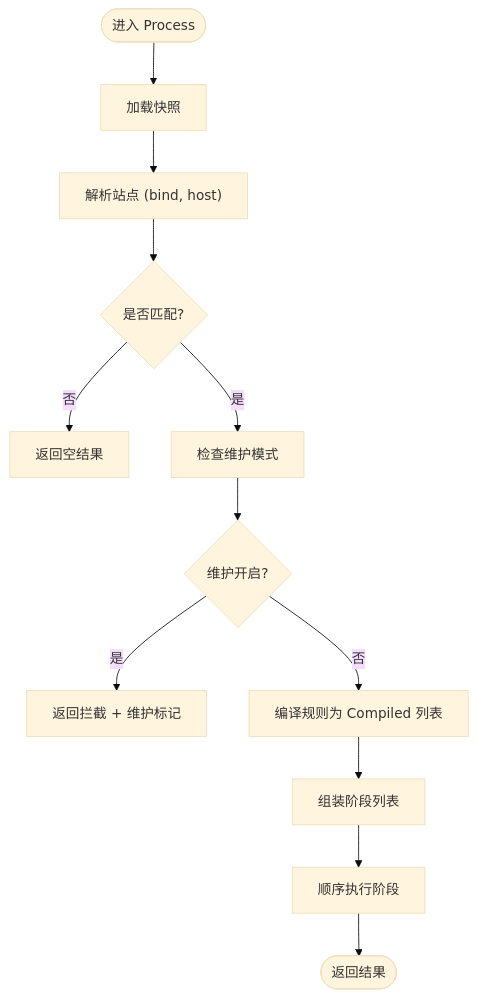
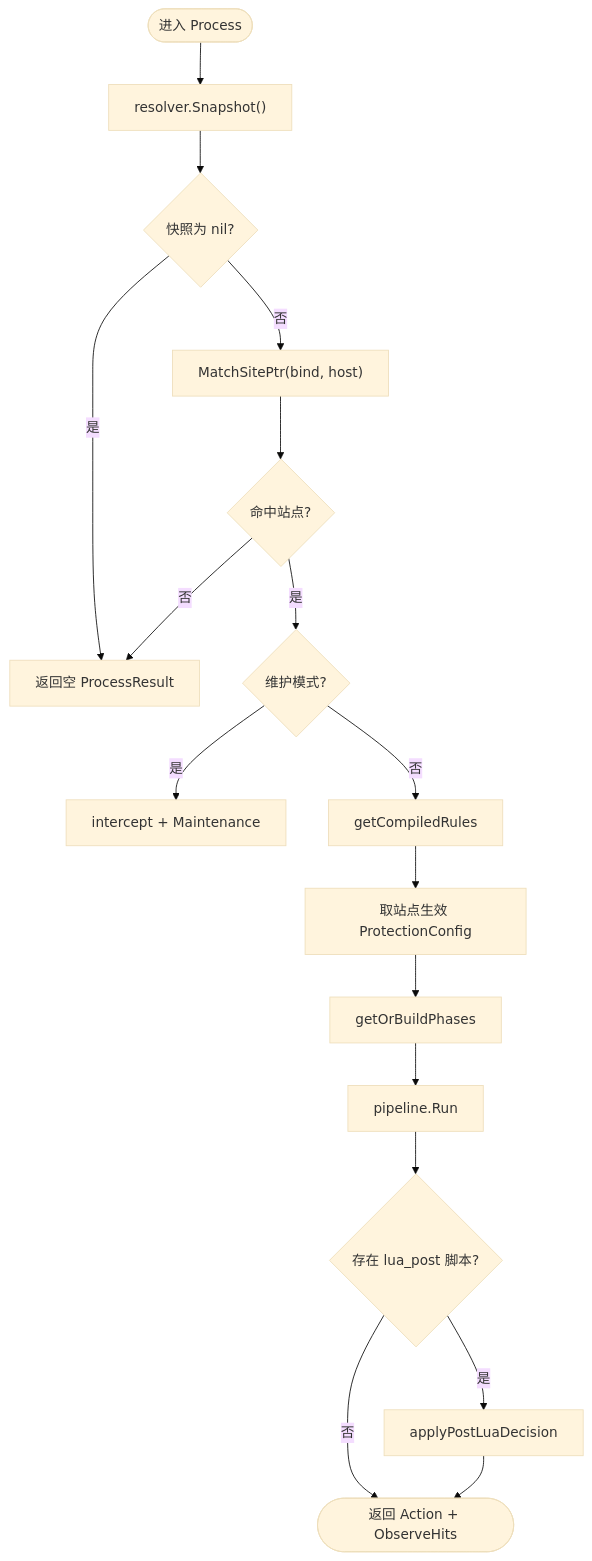
The fourth of 6 diagrams in docs/WAF 引擎系统/WAF 引擎系统.md (x01n/My-OpenWaf), drawn with Mermaid (base theme) before and after one commit. The commit also changed other lines of this file and 622 other files, not shown here.

````diff
--- a/docs/WAF 引擎系统/WAF 引擎系统.md
+++ b/docs/WAF 引擎系统/WAF 引擎系统.md
@@ -346,14 +305,19 @@
 ```mermaid
 flowchart TD
-Start(["进入 Process"]) --> LoadSnap["加载快照"]
-LoadSnap --> MatchSite["解析站点 (bind, host)"]
-MatchSite --> SiteOK{"是否匹配?"}
-SiteOK -- 否 --> ReturnEmpty["返回空结果"]
-SiteOK -- 是 --> MaintCheck["检查维护模式"]
-MaintCheck --> MaintOn{"维护开启?"}
-MaintOn -- 是 --> ReturnMaint["返回拦截 + 维护标记"]
-MaintOn -- 否 --> Compile["编译规则为 Compiled 列表"]
-Compile --> Phases["组装阶段列表"]
-Phases --> RunPipe["顺序执行阶段"]
-RunPipe --> Done(["返回结果"])
+Start(["进入 Process"]) --> LoadSnap["resolver.Snapshot()"]
+LoadSnap --> SNil{"快照为 nil?"}
+SNil -- 是 --> REmpty["返回空 ProcessResult"]
+SNil -- 否 --> MatchSite["MatchSitePtr(bind, host)"]
+MatchSite --> SiteOK{"命中站点?"}
+SiteOK -- 否 --> REmpty
+SiteOK -- 是 --> Maint{"维护模式?"}
+Maint -- 是 --> RM["intercept + Maintenance"]
+Maint -- 否 --> CR["getCompiledRules"]
+CR --> Prot["取站点生效 ProtectionConfig"]
+Prot --> PH["getOrBuildPhases"]
+PH --> Run["pipeline.Run"]
+Run --> Post{"存在 lua_post 脚本?"}
+Post -- 是 --> LP["applyPostLuaDecision"]
+Post -- 否 --> Done(["返回 Action + ObserveHits"])
+LP --> Done
 ```
````
